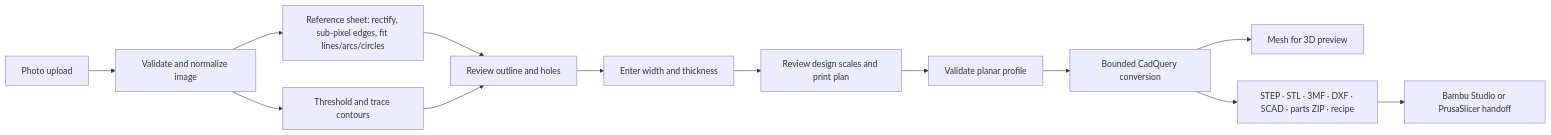
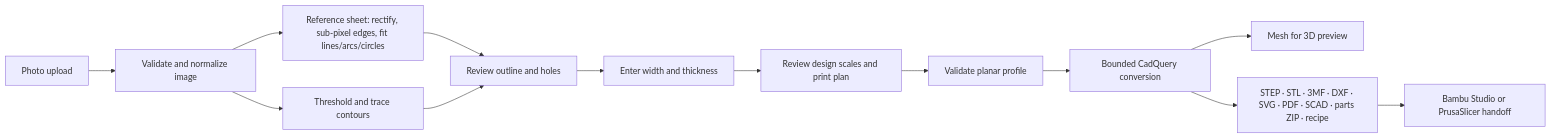
One commit to bartytime4life/Pictures-to-3D-CAD-Models changed the diagram in docs/architecture.md. Above: the diagram before and after it, drawn with Mermaid. The commit also changed other lines of this file and 17 other files, not shown here.

First line of the commit message:
Export the profile as SVG and as a PDF that prints at 1:1

````diff
--- a/docs/architecture.md
+++ b/docs/architecture.md
@@ -5,15 +5,15 @@
 ```mermaid
 flowchart LR
     A[Photo upload] --> B[Validate and normalize image]
     B --> C[Threshold and trace contours]
     B --> R[Reference sheet: rectify, sub-pixel edges, fit lines/arcs/circles]
     R --> D
     C --> D[Review outline and holes]
     D --> E[Enter width and thickness]
     E --> J[Review design scales and print plan]
     J --> F[Validate planar profile]
     F --> G[Bounded CadQuery conversion]
     G --> H[Mesh for 3D preview]
-    G --> I[STEP · STL · 3MF · DXF · SCAD · parts ZIP · recipe]
+    G --> I[STEP · STL · 3MF · DXF · SVG · PDF · SCAD · parts ZIP · recipe]
     I --> K[Bambu Studio or PrusaSlicer handoff]
 ```
````
